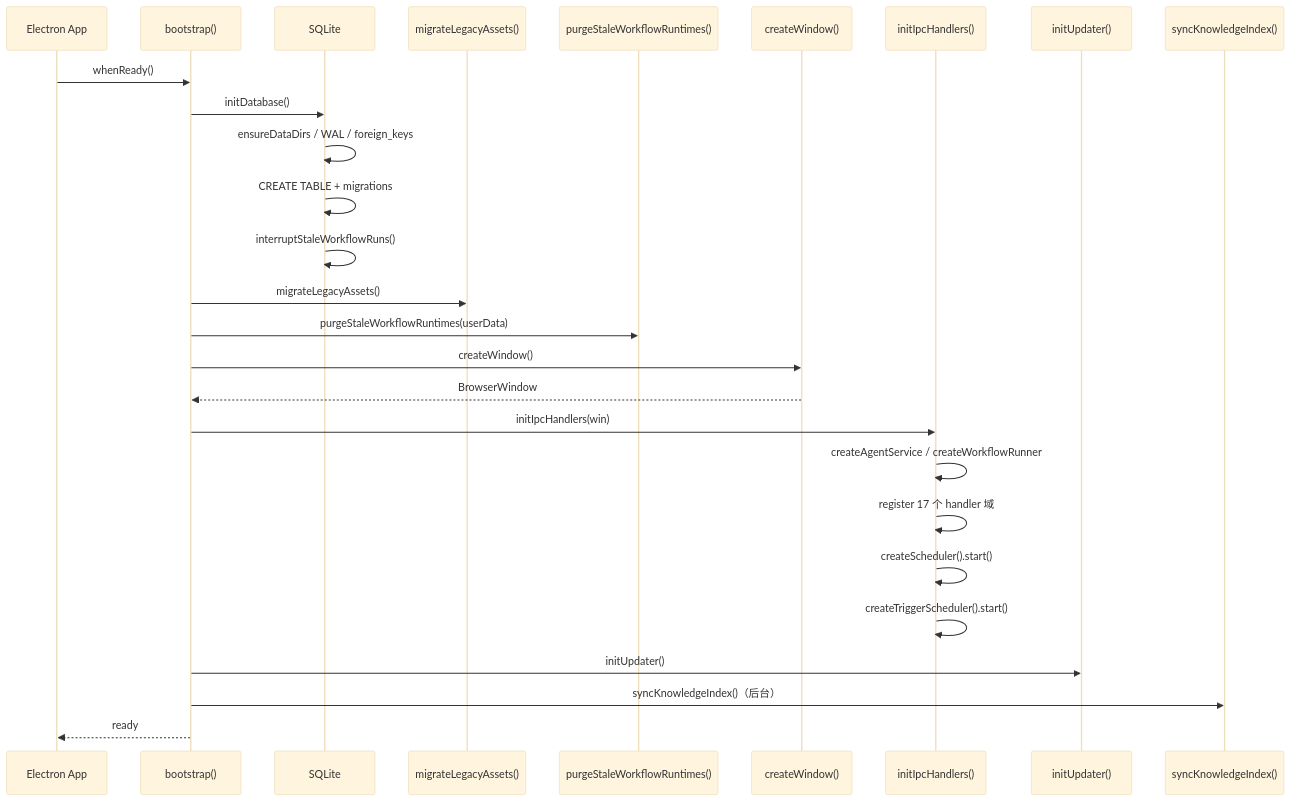
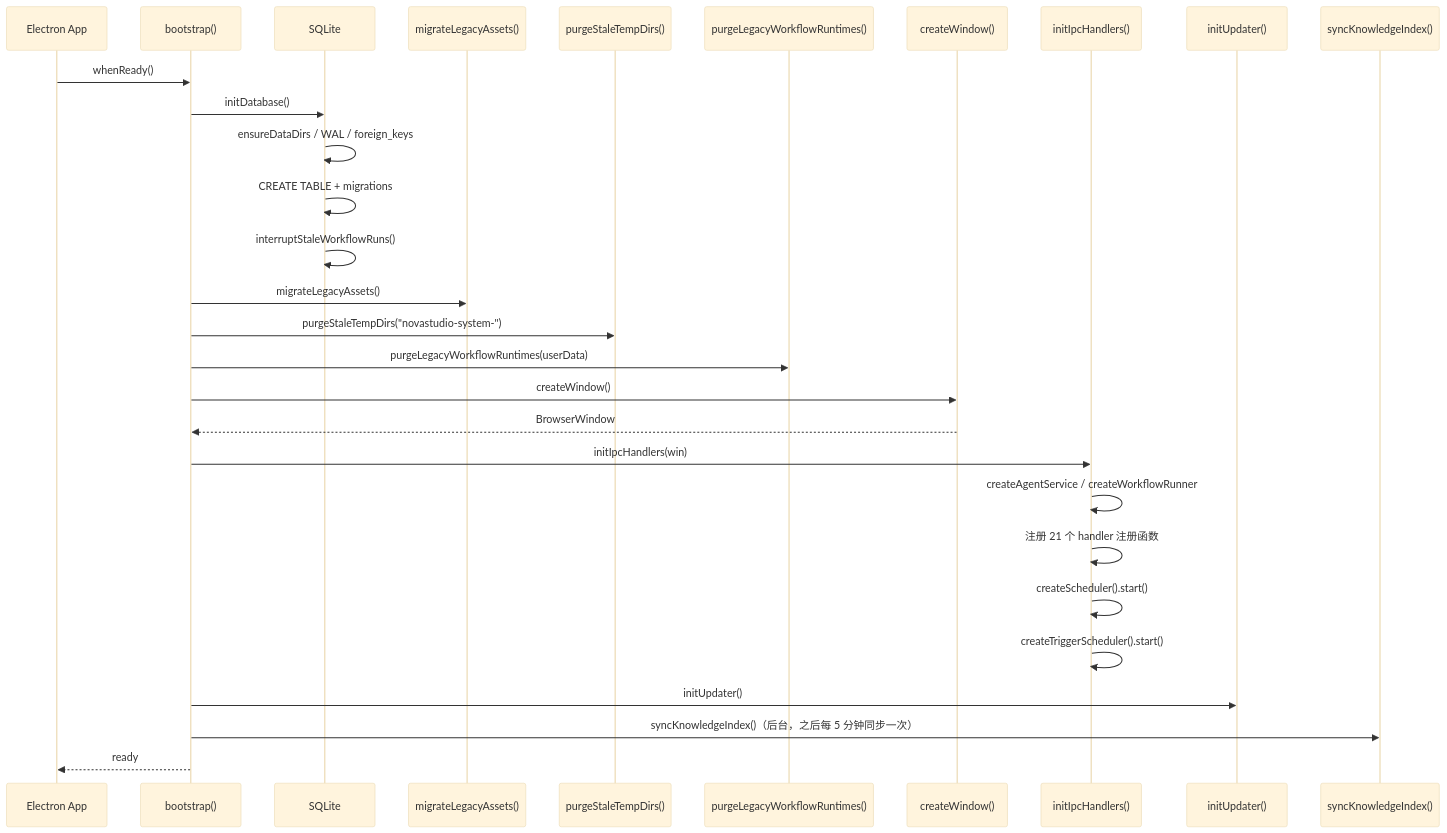
One commit to yangshunling/NovaStudio changed the first of 7 diagrams in docs/02-系统架构与关键决策.md. Above: the diagram before and after it, drawn with Mermaid (base theme). The commit also changed other lines of this file and 66 other files, not shown here.

````diff
--- a/docs/02-系统架构与关键决策.md
+++ b/docs/02-系统架构与关键决策.md
@@ -98,30 +97,32 @@
 ```mermaid
 sequenceDiagram
   participant App as Electron App
   participant Boot as bootstrap()
   participant DB as SQLite
   participant Mig as migrateLegacyAssets()
-  participant Art as purgeStaleWorkflowRuntimes()
+  participant Tmp as purgeStaleTempDirs()
+  participant Art as purgeLegacyWorkflowRuntimes()
   participant Win as createWindow()
   participant IPC as initIpcHandlers()
   participant Upd as initUpdater()
   participant Know as syncKnowledgeIndex()
 
   App->>Boot: whenReady()
   Boot->>DB: initDatabase()
   DB->>DB: ensureDataDirs / WAL / foreign_keys
   DB->>DB: CREATE TABLE + migrations
   DB->>DB: interruptStaleWorkflowRuns()
   Boot->>Mig: migrateLegacyAssets()
-  Boot->>Art: purgeStaleWorkflowRuntimes(userData)
+  Boot->>Tmp: purgeStaleTempDirs("novastudio-system-")
+  Boot->>Art: purgeLegacyWorkflowRuntimes(userData)
   Boot->>Win: createWindow()
   Win-->>Boot: BrowserWindow
   Boot->>IPC: initIpcHandlers(win)
   IPC->>IPC: createAgentService / createWorkflowRunner
-  IPC->>IPC: register 17 个 handler 域
+  IPC->>IPC: 注册 21 个 handler 注册函数
   IPC->>IPC: createScheduler().start()
   IPC->>IPC: createTriggerScheduler().start()
   Boot->>Upd: initUpdater()
-  Boot->>Know: syncKnowledgeIndex()（后台）
+  Boot->>Know: syncKnowledgeIndex()（后台，之后每 5 分钟同步一次）
   Boot-->>App: ready
 ```
````
